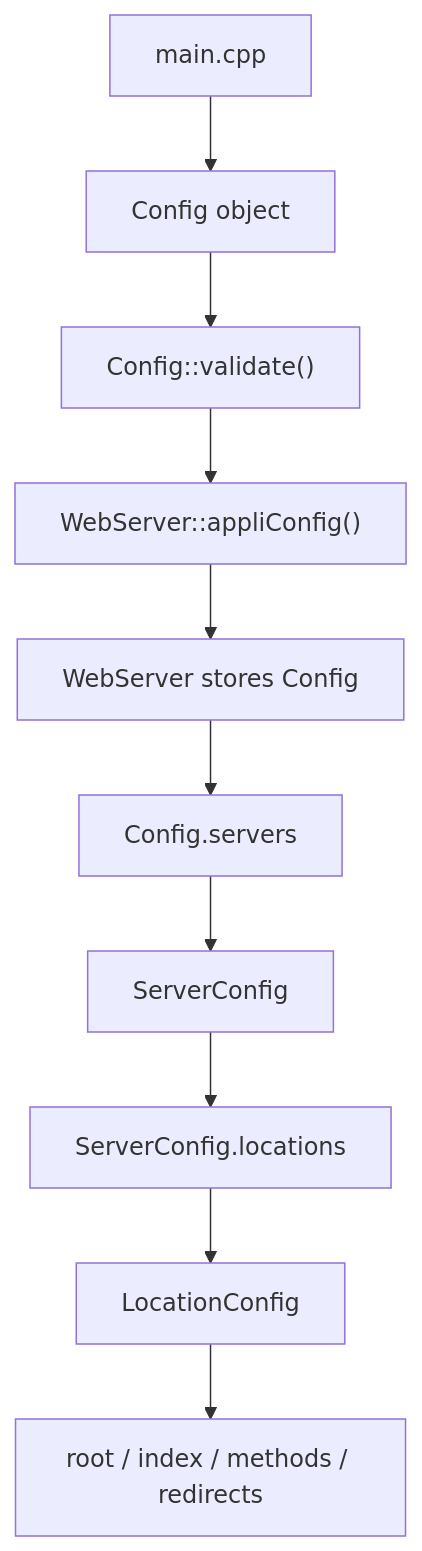
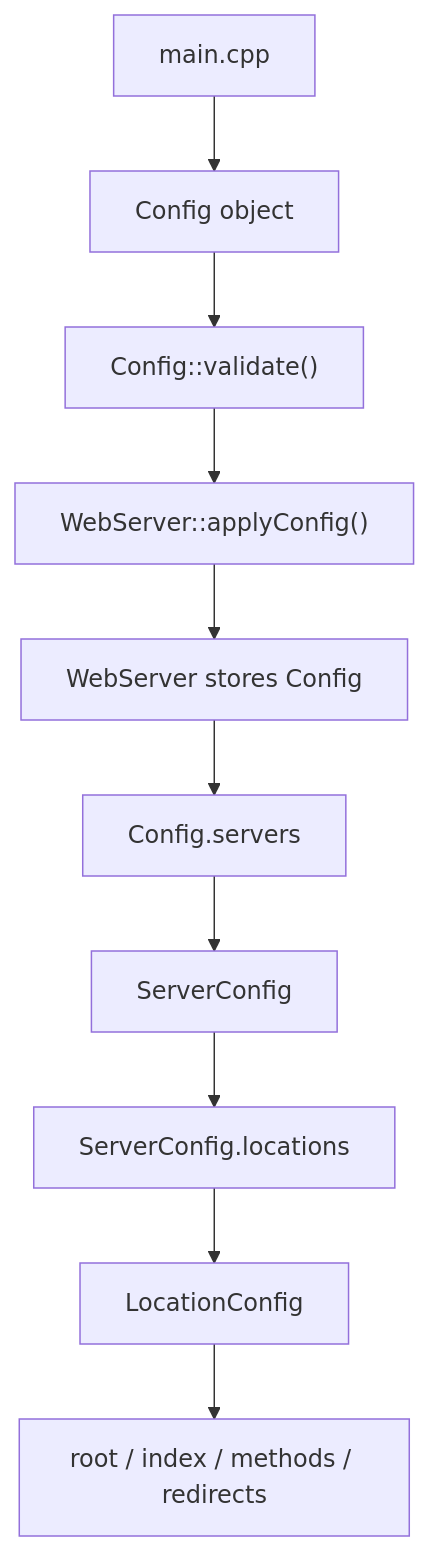
Before and after one commit to SkyDogzz/webserv: the second of 4 diagrams in README.md, drawn with Mermaid. The commit also changed other lines of this file and 3 other files, not shown here.

````diff
--- a/README.md
+++ b/README.md
@@ -41,12 +60,12 @@
 ```mermaid
 flowchart TD
     A["main.cpp"] --> B["Config object"]
     B --> C["Config::validate()"]
-    C --> D["WebServer::appliConfig()"]
+    C --> D["WebServer::applyConfig()"]
     D --> E["WebServer stores Config"]
     E --> F["Config.servers"]
     F --> G["ServerConfig"]
     G --> H["ServerConfig.locations"]
     H --> I["LocationConfig"]
     I --> J["root / index / methods / redirects"]
 ```
````
